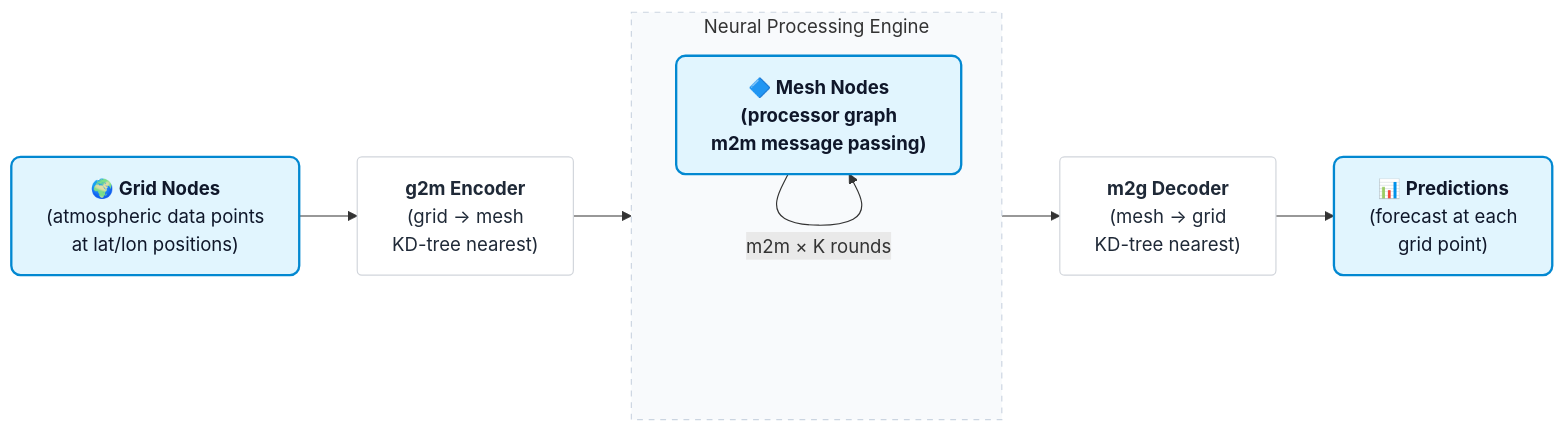
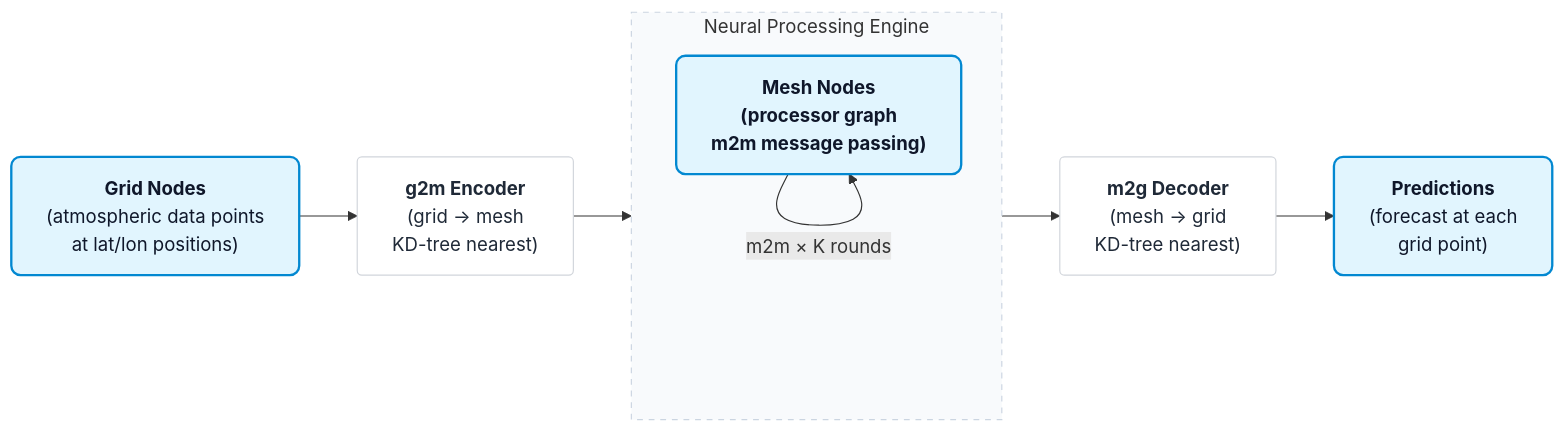
Before and after one commit to prajwal-tech07/Gsoc_test: the second of 11 diagrams in GSoC_Project_Created_By_Antigravity.md, drawn with Mermaid. The commit also changed other lines of this file, not shown here.

````diff
--- a/GSoC_Project_Created_By_Antigravity.md
+++ b/GSoC_Project_Created_By_Antigravity.md
@@ -144,36 +144,36 @@
 ```mermaid
 flowchart LR
 
 %% ---------- STYLE DEFINITIONS ----------
 classDef dataNode fill:#e1f5fe,stroke:#0288d1,stroke-width:2px,color:#0f172a,rx:8px
 classDef modelNode fill:#ffffff,stroke:#d1d5db,stroke-width:1px,color:#1f2937,rx:4px
 classDef meshNode fill:#e1f5fe,stroke:#0288d1,stroke-width:2px,font-weight:bold,color:#0f172a,rx:8px
 
 %% ---------- NODES ----------
-A["🌍 <b>Grid Nodes</b><br/>(atmospheric data points<br/>at lat/lon positions)"]:::dataNode
+A[" <b>Grid Nodes</b><br/>(atmospheric data points<br/>at lat/lon positions)"]:::dataNode
 
 B["<b>g2m Encoder</b><br/>(grid → mesh<br/>KD-tree nearest)"]:::modelNode
 
 subgraph ENGINE ["Neural Processing Engine"]
     %% This direction strictly controls the loop, forcing a clean, tight curve
     direction TB
     
-    C["🔷 <b>Mesh Nodes</b><br/>(processor graph<br/>m2m message passing)"]:::meshNode
+    C[" <b>Mesh Nodes</b><br/>(processor graph<br/>m2m message passing)"]:::meshNode
     
     %% Standard, safe syntax for the loop
     C -- "m2m × K rounds" --> C
 end
 
 D["<b>m2g Decoder</b><br/>(mesh → grid<br/>KD-tree nearest)"]:::modelNode
 
-E["📊 <b>Predictions</b><br/>(forecast at each<br/>grid point)"]:::dataNode
+E[" <b>Predictions</b><br/>(forecast at each<br/>grid point)"]:::dataNode
 
 %% ---------- CONNECTIONS ----------
 A --> B
 B --> C
 C --> D
 D --> E
 
 %% ---------- STYLING ----------
 style ENGINE fill:#f8fafc,stroke:#cbd5e1,stroke-dasharray: 5 5
 ```
````
